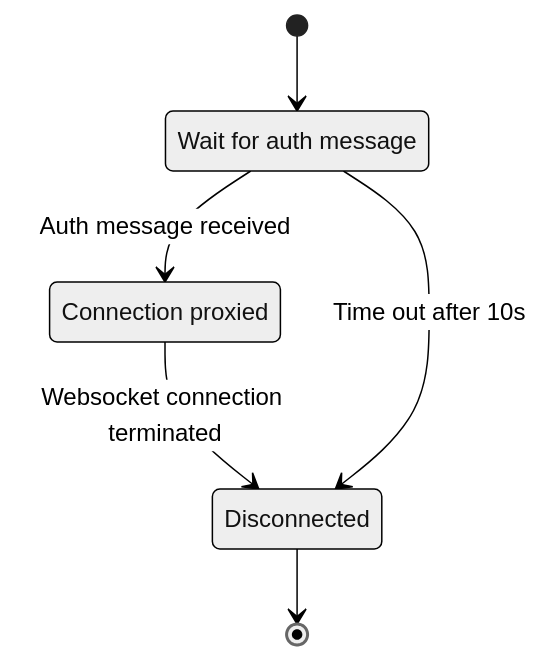
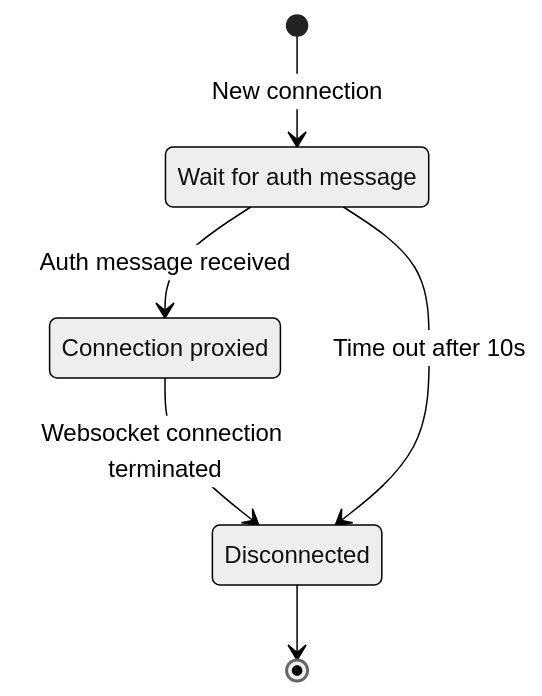
The diagram in final-project/Figures/client-connection-state.mmd (dyc3/ssw345-group-assignments), drawn with Mermaid (neutral theme) before and after one commit. The commit also changed 3 other files, not shown here.

First line of the commit message:
minor diagram tweaks (#36)

```diff
--- a/final-project/Figures/client-connection-state.mmd
+++ b/final-project/Figures/client-connection-state.mmd
@@ -1,10 +1,10 @@
 stateDiagram-v2
     state "Wait for auth message" as wait
     state "Connection proxied" as proxied
     state "Disconnected" as disconnected
 
-    [*] --> wait
+    [*] --> wait: New connection
     wait --> proxied: Auth message received
     proxied --> disconnected: Websocket connection terminated
     wait --> disconnected: Time out after 10s
     disconnected --> [*]
```
